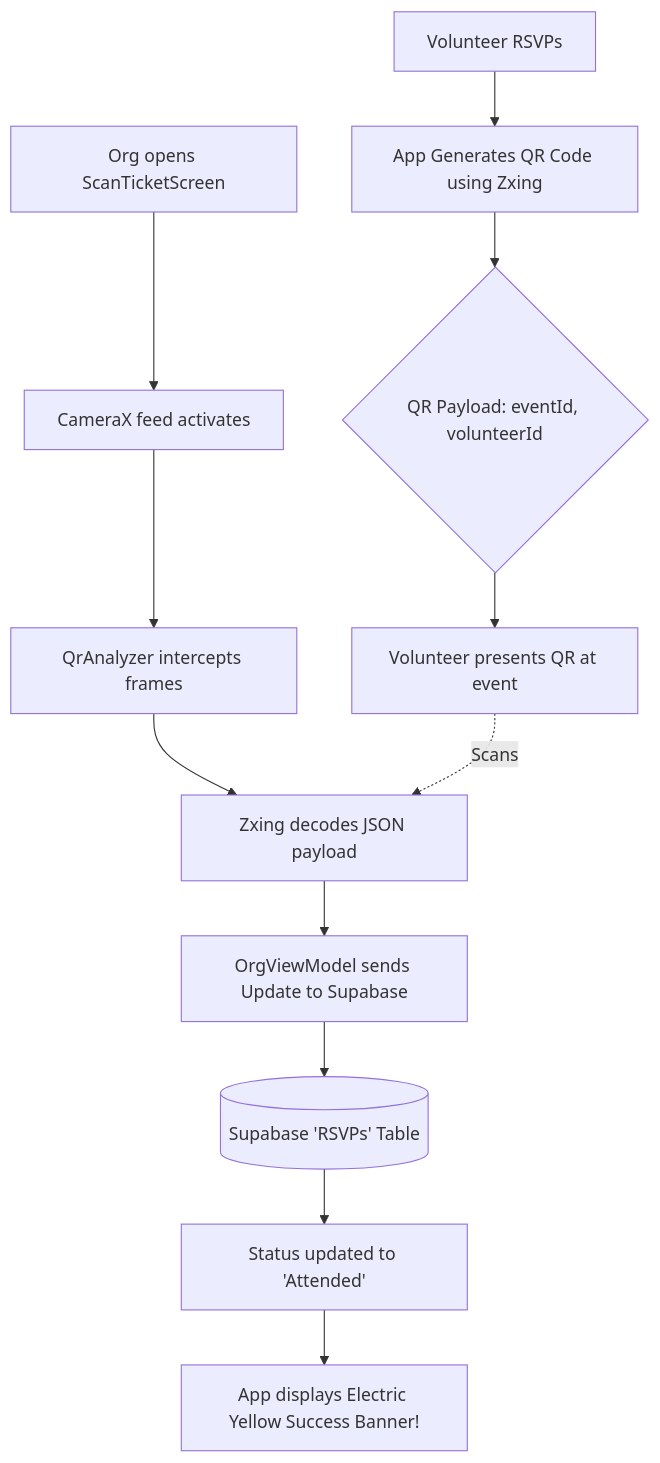
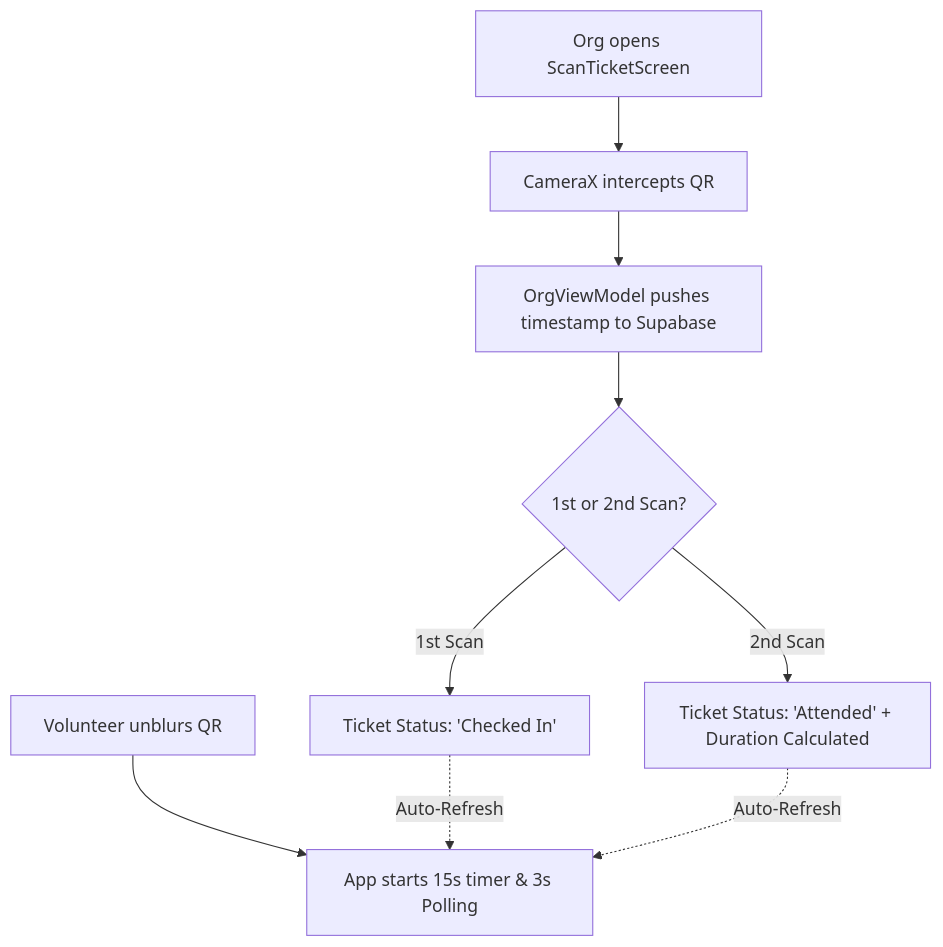
Before and after one commit to k-anupam-sharma/BaseCamp---The-Volunteering-App: the third of 3 diagrams in README.md, drawn with Mermaid. The commit also changed other lines of this file, not shown here.

Commit message:
Update README with all latest features and SQL schemas

````diff
--- a/README.md
+++ b/README.md
@@ -85,17 +85,11 @@
 ```mermaid
 graph TD
-    A[Volunteer RSVPs] --> B[App Generates QR Code using Zxing]
-    B --> C{QR Payload: eventId, volunteerId}
-    C --> D[Volunteer presents QR at event]
-    
-    E[Org opens ScanTicketScreen] --> F[CameraX feed activates]
-    F --> G[QrAnalyzer intercepts frames]
-    G --> H[Zxing decodes JSON payload]
-    
-    D -.->|Scans| H
-    
-    H --> I[OrgViewModel sends Update to Supabase]
-    I --> J[(Supabase 'RSVPs' Table)]
-    J --> K[Status updated to 'Attended']
-    K --> L[App displays Electric Yellow Success Banner!]
+    A[Volunteer unblurs QR] --> B[App starts 15s timer & 3s Polling]
+    C[Org opens ScanTicketScreen] --> D[CameraX intercepts QR]
+    D --> E[OrgViewModel pushes timestamp to Supabase]
+    E --> F{1st or 2nd Scan?}
+    F -->|1st Scan| G[Ticket Status: 'Checked In']
+    F -->|2nd Scan| H[Ticket Status: 'Attended' + Duration Calculated]
+    G -.->|Auto-Refresh| B
+    H -.->|Auto-Refresh| B
 ```
````
